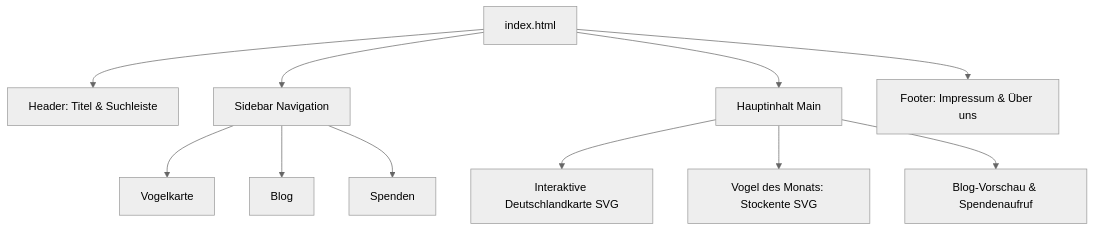
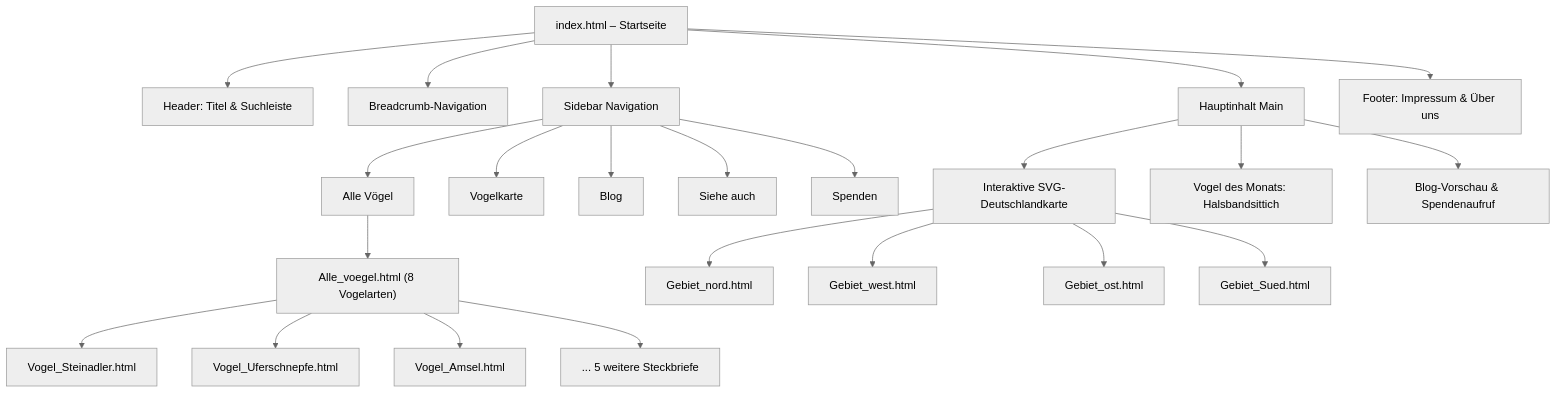
One commit to J-Moessmer/BITLC-Angular changed the diagram in vogel-atlas-html/README.md. Above: the diagram before and after it, drawn with Mermaid (neutral theme). The commit also changed other lines of this file and 4 other files, not shown here.

````diff
--- a/vogel-atlas-html/README.md
+++ b/vogel-atlas-html/README.md
@@ -48,15 +109,29 @@
 ```mermaid
 flowchart TD
-    A[index.html] --> B[Header: Titel & Suchleiste]
+    A[index.html – Startseite] --> B[Header: Titel & Suchleiste]
+    A --> BC[Breadcrumb-Navigation]
     A --> C[Sidebar Navigation]
     A --> D[Hauptinhalt Main]
     A --> E[Footer: Impressum & Über uns]
 
-    C --> C1[Vogelkarte]
-    C --> C2[Blog]
-    C --> C3[Spenden]
+    C --> C1[Alle Vögel]
+    C --> C2[Vogelkarte]
+    C --> C3[Blog]
+    C --> C4[Siehe auch]
+    C --> C5[Spenden]
 
-    D --> D1[Interaktive Deutschlandkarte SVG]
-    D --> D2[Vogel des Monats: Stockente SVG]
+    D --> D1[Interaktive SVG-Deutschlandkarte]
+    D --> D2[Vogel des Monats: Halsbandsittich]
     D --> D3[Blog-Vorschau & Spendenaufruf]
+
+    D1 --> R1[Gebiet_nord.html]
+    D1 --> R2[Gebiet_west.html]
+    D1 --> R3[Gebiet_ost.html]
+    D1 --> R4[Gebiet_Sued.html]
+
+    C1 --> Gallery["Alle_voegel.html (8 Vogelarten)"]
+    Gallery --> V1[Vogel_Steinadler.html]
+    Gallery --> V2[Vogel_Uferschnepfe.html]
+    Gallery --> V3[Vogel_Amsel.html]
+    Gallery --> V4["... 5 weitere Steckbriefe"]
 ```
````
